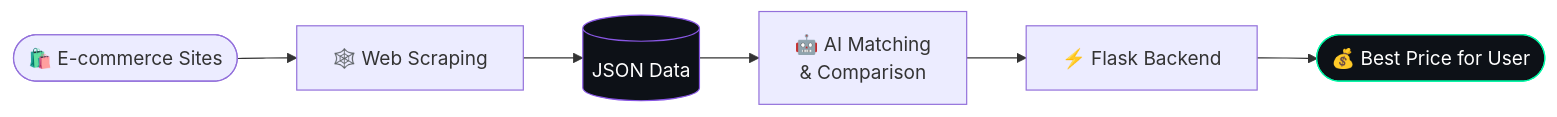
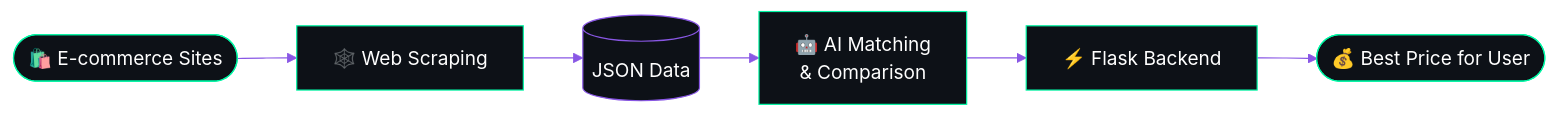
Before and after one commit to akarshsrvt/akarshsrvt: the fourth of 5 diagrams in README.md, drawn with Mermaid. The commit also changed other lines of this file, not shown here.

````diff
--- a/README.md
+++ b/README.md
@@ -308,11 +247,12 @@
 ```mermaid
+%%{init: {'theme':'base','themeVariables':{'lineColor':'#8957e5','primaryTextColor':'#ffffff','primaryColor':'#0d1117','primaryBorderColor':'#00f7a5','edgeLabelBackground':'#0d1117'}}}%%
 flowchart LR
     A([🛍️ E-commerce Sites]) --> B[🕸️ Web Scraping]
     B --> C[(JSON Data)]
     C --> D[🤖 AI Matching<br/>& Comparison]
     D --> E[⚡ Flask Backend]
     E --> F([💰 Best Price for User])
 
     style C fill:#0d1117,stroke:#8957e5,color:#fff
     style F fill:#0d1117,stroke:#00f7a5,color:#fff
 ```
````
